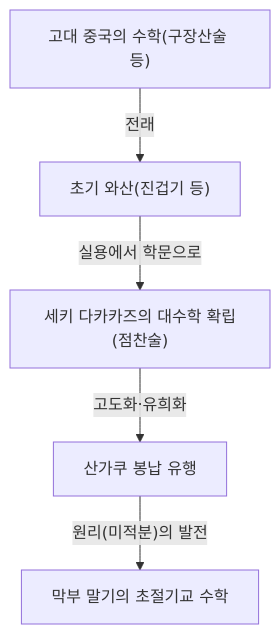
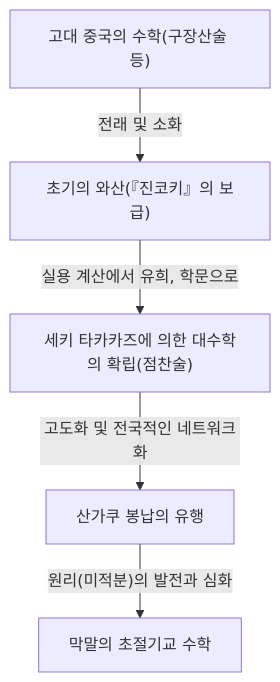
One commit to kenjinote/blog changed the first of 2 diagrams in content/post/history-of-wasan-japanese-mathematics/index.ko.md. Above: the diagram before and after it, drawn with Mermaid. The commit also changed other lines of this file and 129 other files, not shown here.

````diff
--- a/content/post/history-of-wasan-japanese-mathematics/index.ko.md
+++ b/content/post/history-of-wasan-japanese-mathematics/index.ko.md
@@ -17,7 +25,7 @@
 ```mermaid
 graph TD
-    A["고대 중국의 수학(구장산술 등)"] -- "전래" --> B["초기 와산(진겁기 등)"]
-    B -- "실용에서 학문으로" --> C["세키 다카카즈의 대수학 확립(점찬술)"]
-    C -- "고도화·유희화" --> D["산가쿠 봉납 유행"]
-    D -- "원리(미적분)의 발전" --> E["막부 말기의 초절기교 수학"]
+    A["고대 중국의 수학(구장산술 등)"] -- "전래 및 소화" --> B["초기의 와산(『진코키』의 보급)"]
+    B -- "실용 계산에서 유희, 학문으로" --> C["세키 타카카즈에 의한 대수학의 확립(점찬술)"]
+    C -- "고도화 및 전국적인 네트워크화" --> D["산가쿠 봉납의 유행"]
+    D -- "원리(미적분)의 발전과 심화" --> E["막말의 초절기교 수학"]
 ```
````
